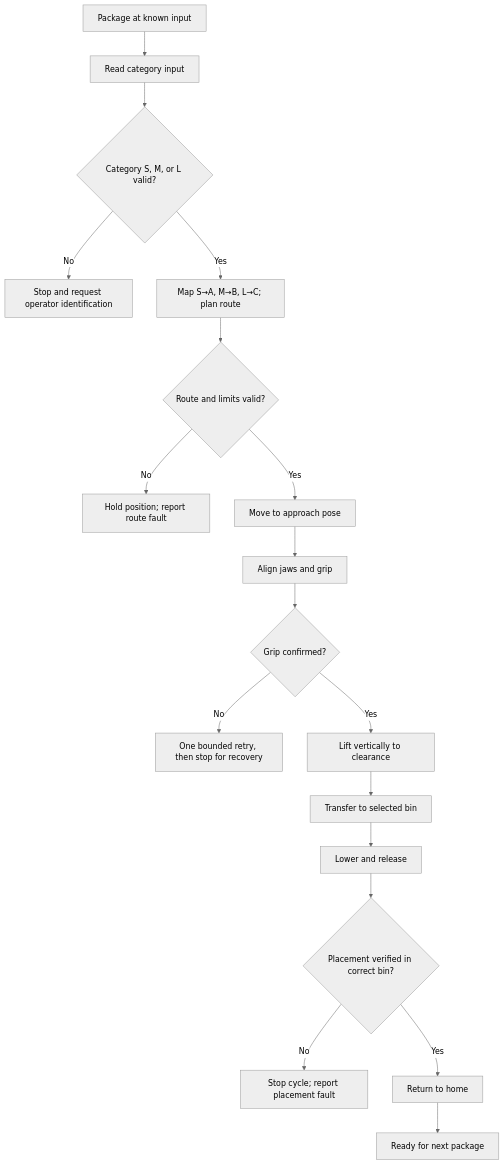
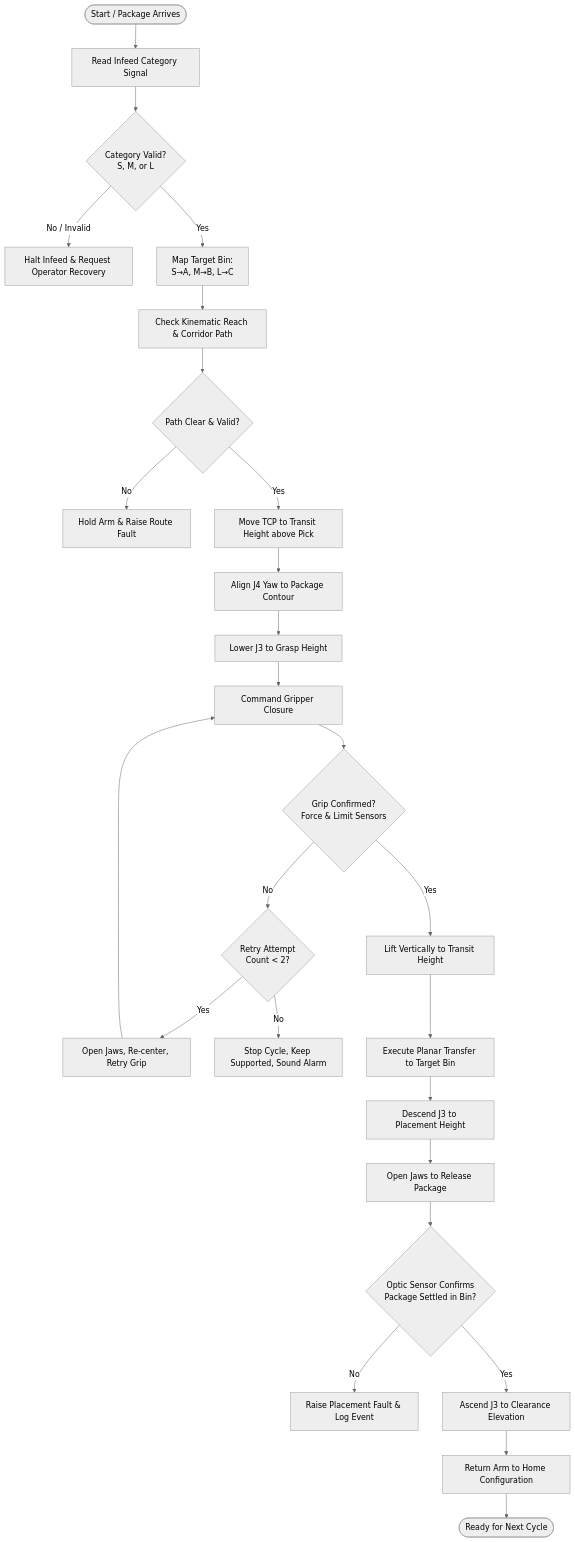
The diagram in mds-1-3/Robotics_W2_Engineering_Design_Review.md (7ochan/sortlab), drawn with Mermaid (neutral theme) before and after one commit. The commit also changed other lines of this file and 10 other files, not shown here.

Commit message:
docs(week2): add Week 2 engineering design review report and diagrams

````diff
--- a/mds-1-3/Robotics_W2_Engineering_Design_Review.md
+++ b/mds-1-3/Robotics_W2_Engineering_Design_Review.md
@@ -158,20 +449,28 @@
 ```mermaid
 flowchart TD
-    A[Package at known input] --> B[Read category input]
-    B --> C{Category S, M, or L valid?}
-    C -- No --> F[Stop and request operator identification]
-    C -- Yes --> D[Map S→A, M→B, L→C; plan route]
-    D --> E{Route and limits valid?}
-    E -- No --> G[Hold position; report route fault]
-    E -- Yes --> H[Move to approach pose]
-    H --> I[Align jaws and grip]
-    I --> J{Grip confirmed?}
-    J -- No --> K[One bounded retry, then stop for recovery]
-    J -- Yes --> L[Lift vertically to clearance]
-    L --> M[Transfer to selected bin]
-    M --> N[Lower and release]
-    N --> O{Placement verified in correct bin?}
-    O -- No --> P[Stop cycle; report placement fault]
-    O -- Yes --> Q[Return to home]
-    Q --> R[Ready for next package]
+    A([Start / Package Arrives]) --> B[Read Infeed Category Signal]
+    B --> C{Category Valid?<br>S, M, or L}
+    C -- No / Invalid --> D[Halt Infeed & Request Operator Recovery]
+    C -- Yes --> E[Map Target Bin:<br>S→A, M→B, L→C]
+    E --> F[Check Kinematic Reach & Corridor Path]
+    F --> G{Path Clear & Valid?}
+    G -- No --> H[Hold Arm & Raise Route Fault]
+    G -- Yes --> I[Move TCP to Transit Height above Pick]
+    I --> J[Align J4 Yaw to Package Contour]
+    J --> K[Lower J3 to Grasp Height]
+    K --> L[Command Gripper Closure]
+    L --> M{Grip Confirmed?<br>Force & Limit Sensors}
+    M -- No --> N{Retry Attempt<br>Count < 2?}
+    N -- Yes --> O[Open Jaws, Re-center, Retry Grip]
+    O --> L
+    N -- No --> P[Stop Cycle, Keep Supported, Sound Alarm]
+    M -- Yes --> Q[Lift Vertically to Transit Height]
+    Q --> R[Execute Planar Transfer to Target Bin]
+    R --> S[Descend J3 to Placement Height]
+    S --> T[Open Jaws to Release Package]
+    T --> U{Optic Sensor Confirms<br>Package Settled in Bin?}
+    U -- No --> V[Raise Placement Fault & Log Event]
+    U -- Yes --> W[Ascend J3 to Clearance Elevation]
+    W --> X[Return Arm to Home Configuration]
+    X --> Y([Ready for Next Cycle])
 ```
````
